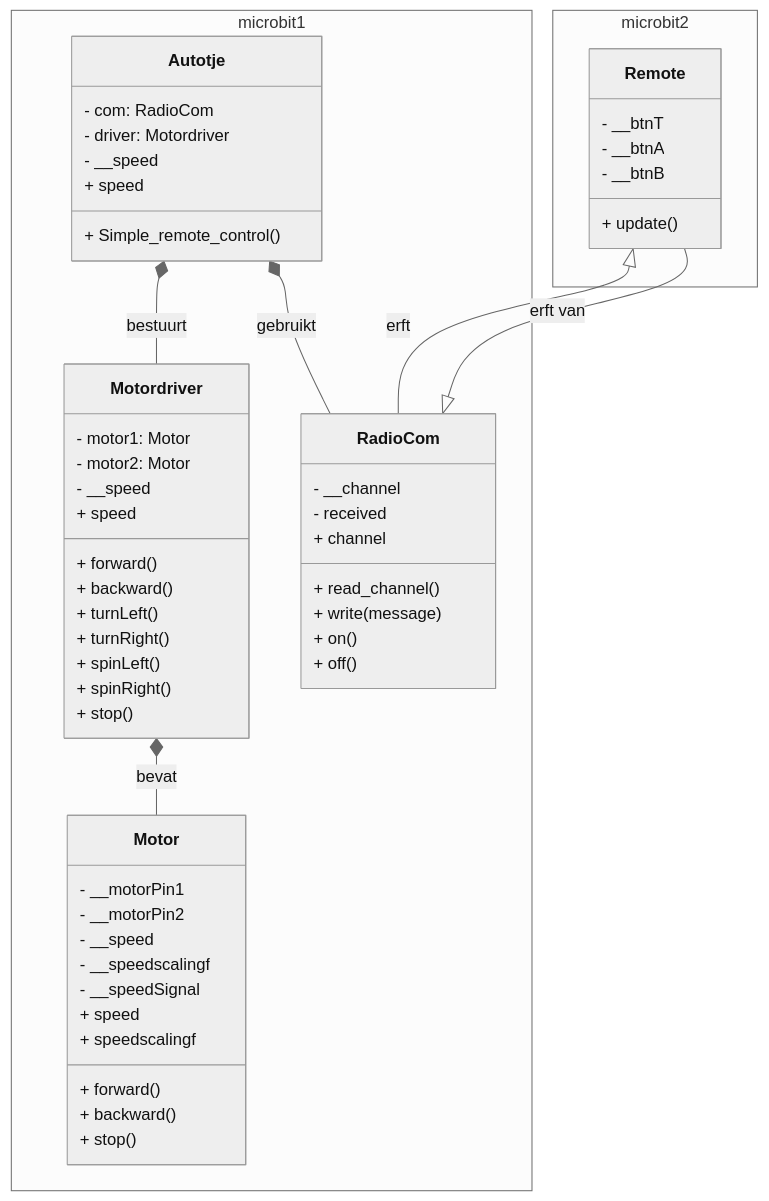
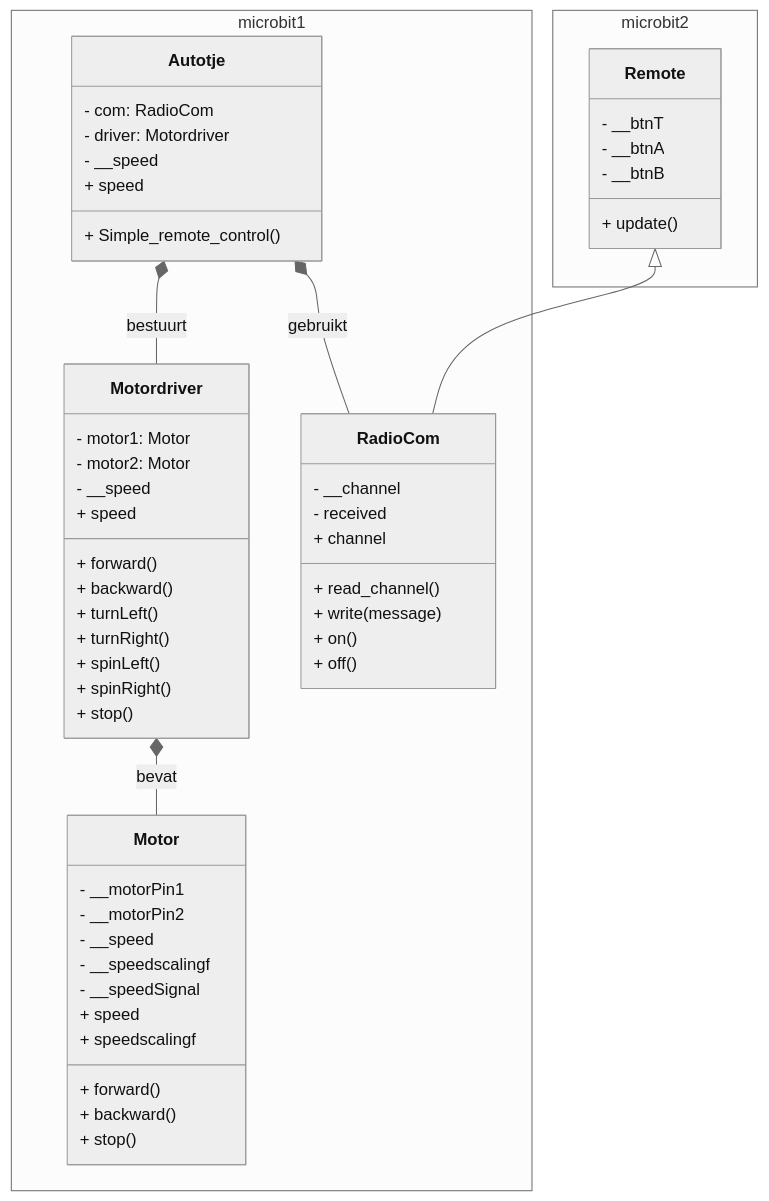
Before and after one commit to jensthebrogrammer/project_autotje: the diagram in newUML.md, drawn with Mermaid (neutral theme).

````diff
--- a/newUML.md
+++ b/newUML.md
@@ -1,66 +1,66 @@
 ```mermaid
 classDiagram
     namespace microbit1 {
         class Autotje {
             - com: RadioCom
             - driver: Motordriver
             - __speed
             + speed
             + Simple_remote_control()
         }
 
         class Motor {
             - __motorPin1
             - __motorPin2
             - __speed
             - __speedscalingf
             - __speedSignal
             + forward()
             + backward()
             + stop()
             + speed
             + speedscalingf
         }
         
         class Motordriver {
             - motor1: Motor
             - motor2: Motor
             - __speed
             + speed
             + forward()
             + backward()
             + turnLeft()
             + turnRight()
             + spinLeft()
             + spinRight()
             + stop()
         }
 
         class RadioCom {
             - __channel
             - received
             + read_channel()
             + channel
             + write(message)
             + on()
             + off()
         }
     }
 
     namespace microbit2 {
         class Remote {
             - __btnT
             - __btnA
             - __btnB
             + update()
         }
     }
 
     Autotje *-- RadioCom : gebruikt
     Autotje *-- Motordriver : bestuurt
     Motordriver *-- Motor : bevat
-    Remote <|-- RadioCom : erft
+    Remote <|-- RadioCom
 
-    Remote --|> RadioCom : erft van
+
 
  ```
````
